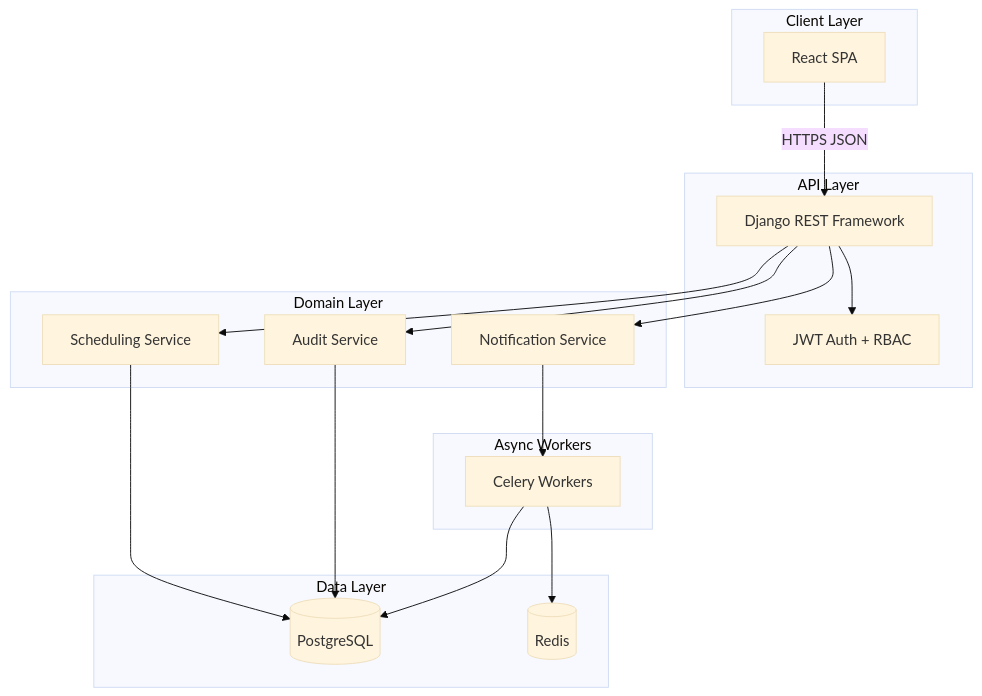
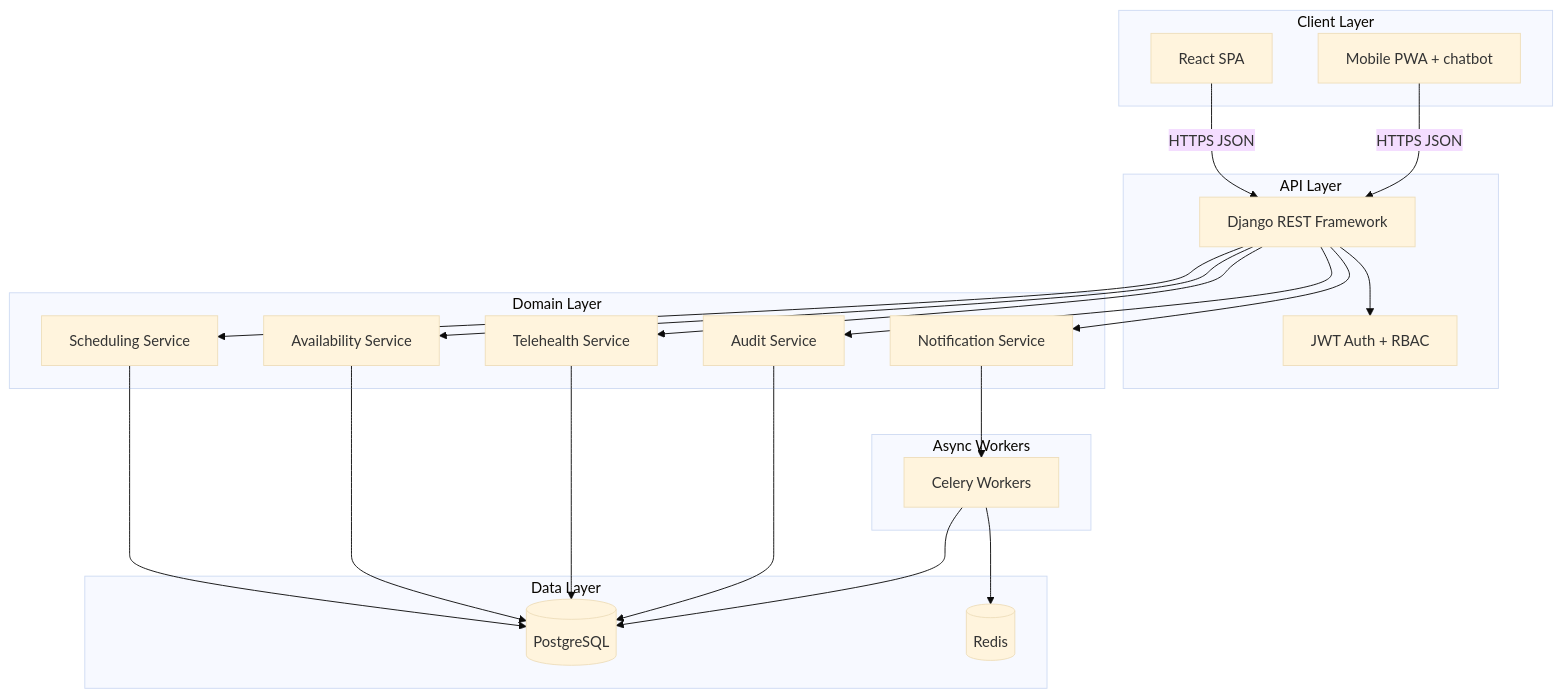
The third of 6 diagrams in docs/PLAN.md (acollant/team06-Medical-Appointment-Coordination), drawn with Mermaid (base theme) before and after one commit. The commit also changed other lines of this file and 12 other files, not shown here.

First line of the commit message:
Add mobile telehealth fallback (US-4.9) and update engineering docs.

````diff
--- a/docs/PLAN.md
+++ b/docs/PLAN.md
@@ -799,37 +809,45 @@
 ```mermaid
 flowchart TB
   subgraph client [Client Layer]
     ReactApp[React SPA]
+    MobilePWA[Mobile PWA + chatbot]
   end
 
   subgraph api [API Layer]
     DRF[Django REST Framework]
     Auth[JWT Auth + RBAC]
   end
 
   subgraph domain [Domain Layer]
     Scheduling[Scheduling Service]
+    Availability[Availability Service]
+    Telehealth[Telehealth Service]
     Notification[Notification Service]
     Audit[Audit Service]
   end
 
   subgraph data [Data Layer]
     PG[(PostgreSQL)]
     Redis[(Redis)]
   end
 
   subgraph async [Async Workers]
     Celery[Celery Workers]
   end
 
   ReactApp -->|HTTPS JSON| DRF
+  MobilePWA -->|HTTPS JSON| DRF
   DRF --> Auth
   DRF --> Scheduling
+  DRF --> Availability
+  DRF --> Telehealth
   DRF --> Notification
   DRF --> Audit
   Scheduling --> PG
+  Availability --> PG
+  Telehealth --> PG
   Audit --> PG
   Notification --> Celery
   Celery --> Redis
   Celery --> PG
 ```
````
